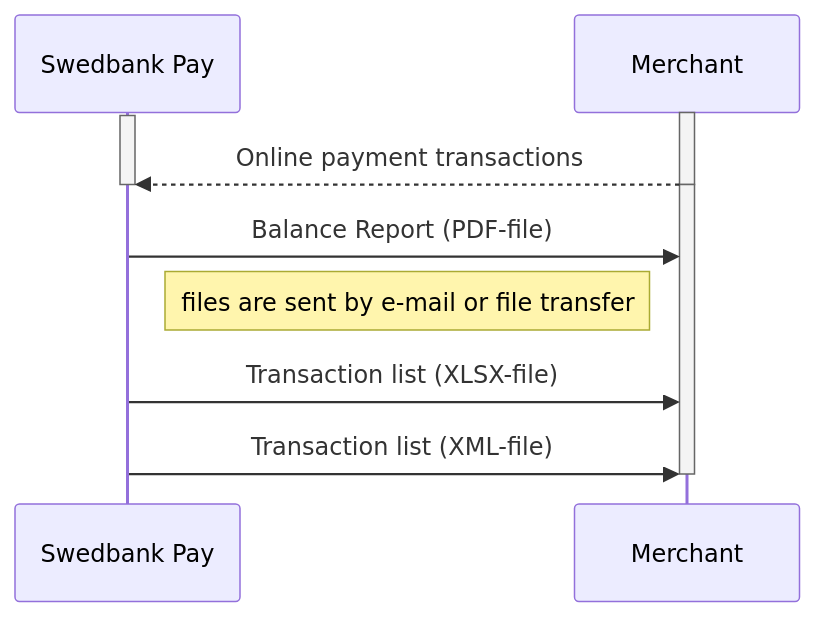
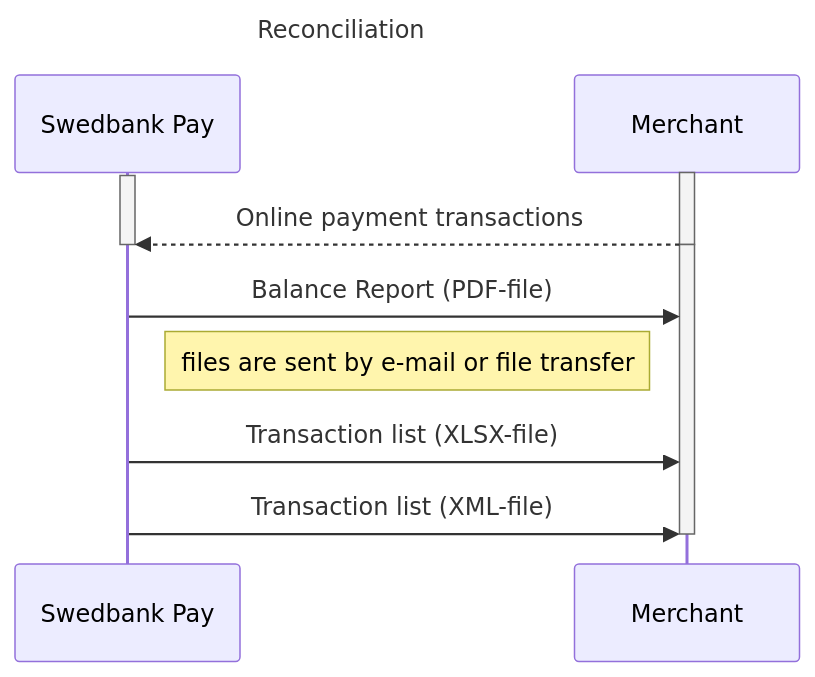
The diagram in _includes/settlement-reconciliation.md (SwedbankPay/developer.swedbankpay.com), drawn with Mermaid before and after one commit. The commit also changed 66 other files, not shown here.

Commit message:
Added titles in sequence diagrams

````diff
--- a/_includes/settlement-reconciliation.md
+++ b/_includes/settlement-reconciliation.md
@@ -152,19 +152,20 @@
 ```mermaid
 sequenceDiagram
+title: Reconciliation
     participant SwedbankPay as Swedbank Pay
 
     activate Merchant
     activate SwedbankPay
     Merchant-->>SwedbankPay: Online payment transactions
     deactivate Merchant
 
     deactivate SwedbankPay
 
     activate Merchant
 
     SwedbankPay->>Merchant: Balance Report (PDF-file)
     note left of Merchant: files are sent by e-mail or file transfer
     SwedbankPay->>Merchant: Transaction list (XLSX-file)
     SwedbankPay->>Merchant: Transaction list (XML-file)
     deactivate Merchant
 ```
````
